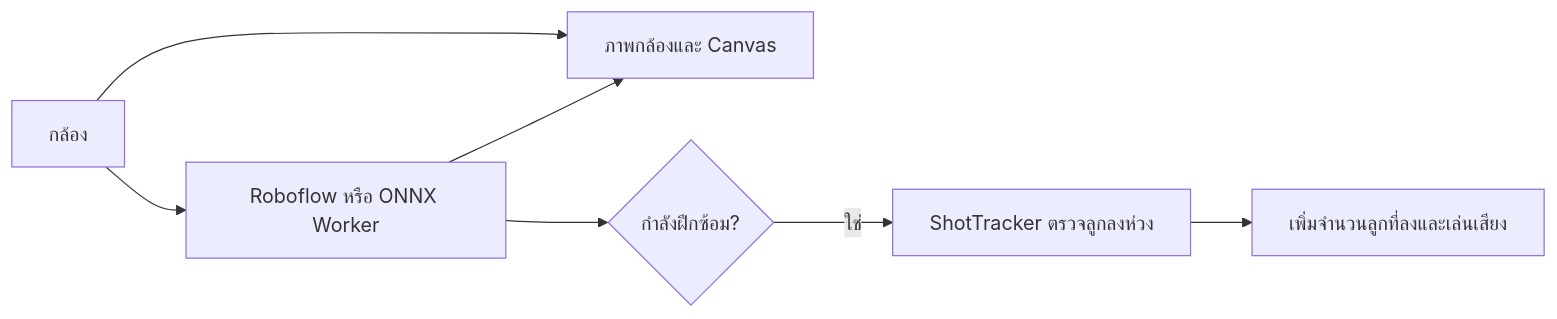
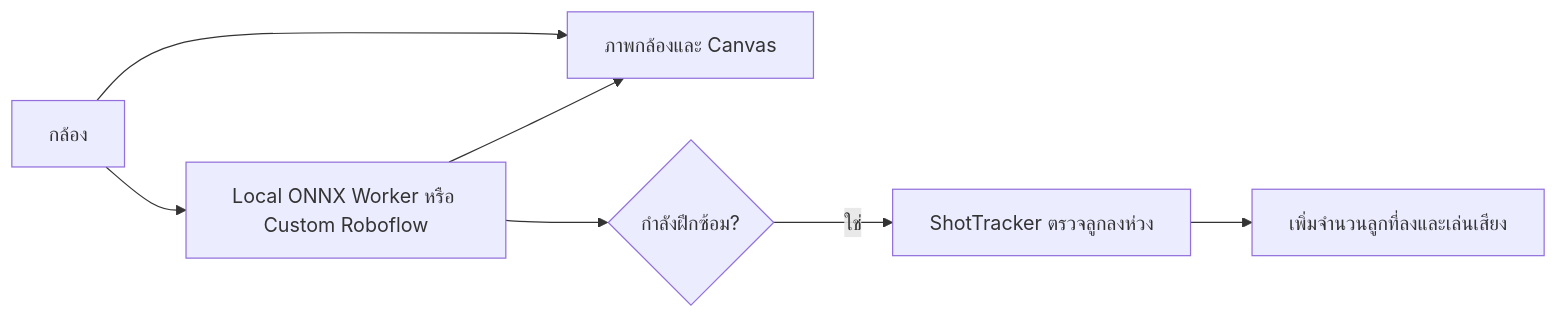
The diagram in README.md (dechatorn-L/Hoop), drawn with Mermaid before and after one commit. The commit also changed other lines of this file and 10 other files, not shown here.

````diff
--- a/README.md
+++ b/README.md
@@ -180,9 +184,9 @@
 ```mermaid
 flowchart LR
-  camera["กล้อง"] --> detection["Roboflow หรือ ONNX Worker"]
+  camera["กล้อง"] --> detection["Local ONNX Worker หรือ Custom Roboflow"]
   camera --> preview["ภาพกล้องและ Canvas"]
   detection --> preview
   detection --> gate{"กำลังฝึกซ้อม?"}
   gate -- "ใช่" --> tracker["ShotTracker ตรวจลูกลงห่วง"]
   tracker --> feedback["เพิ่มจำนวนลูกที่ลงและเล่นเสียง"]
 ```
````
